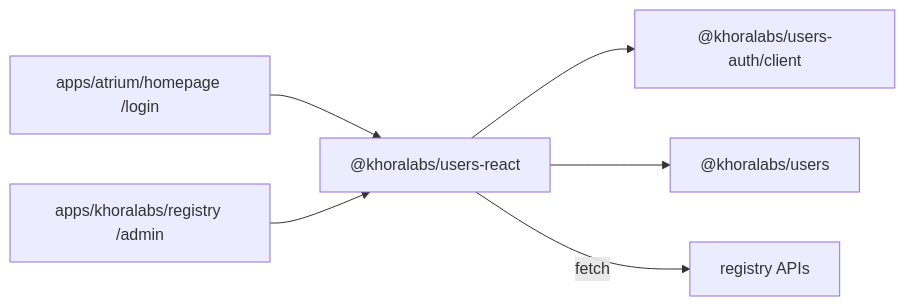
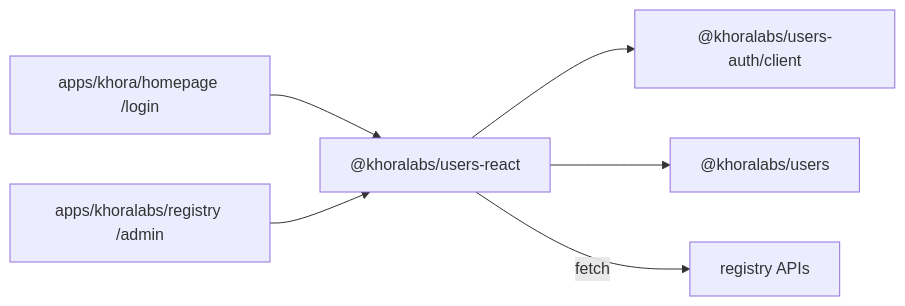
The diagram in packages/khoralabs/users-react/README.md (khoralabs/khora), drawn with Mermaid before and after one commit. The commit also changed other lines of this file and 554 other files, not shown here.

Commit message:
rename atrium to khora

````diff
--- a/packages/khoralabs/users-react/README.md
+++ b/packages/khoralabs/users-react/README.md
@@ -9,8 +9,8 @@
 ```mermaid
 graph LR
-  atrium["apps/atrium/homepage /login"] --> usersReact["@khoralabs/users-react"]
+  khora["apps/khora/homepage /login"] --> usersReact["@khoralabs/users-react"]
   registry["apps/khoralabs/registry /admin"] --> usersReact
   usersReact --> usersAuth["@khoralabs/users-auth/client"]
   usersReact --> users["@khoralabs/users"]
   usersReact -->|"fetch"| api["registry APIs"]
 ```
````
